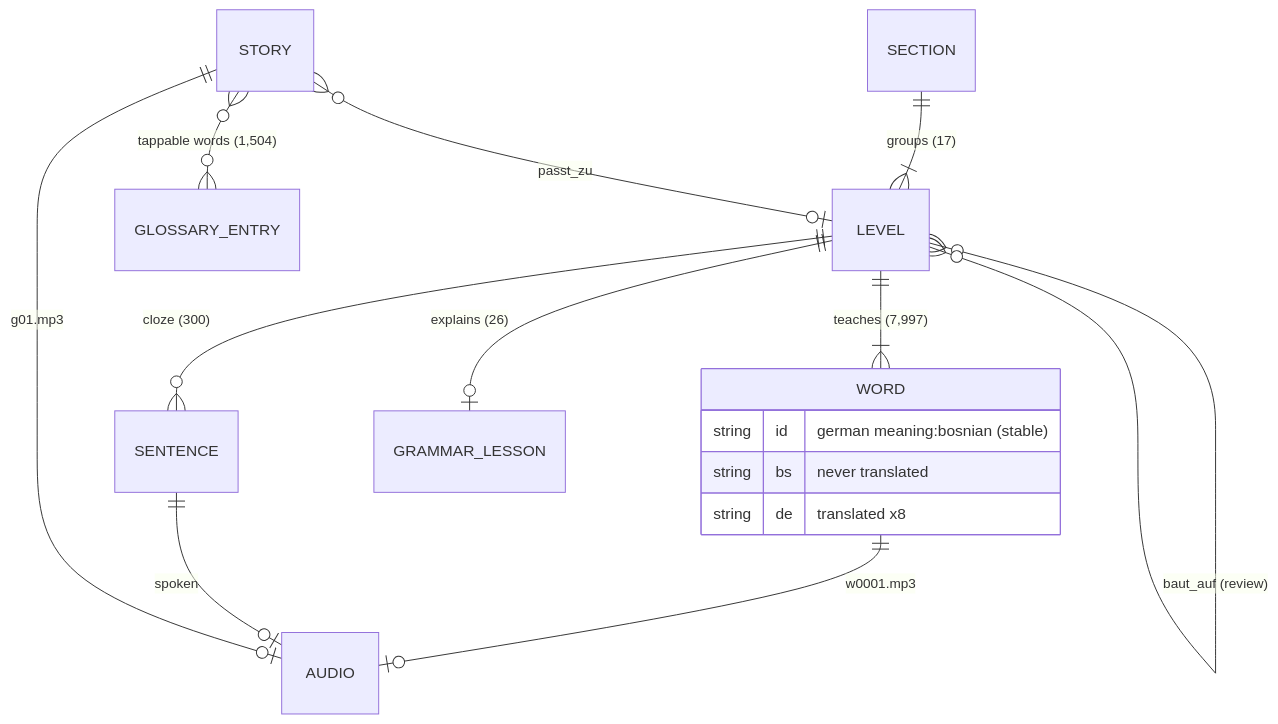
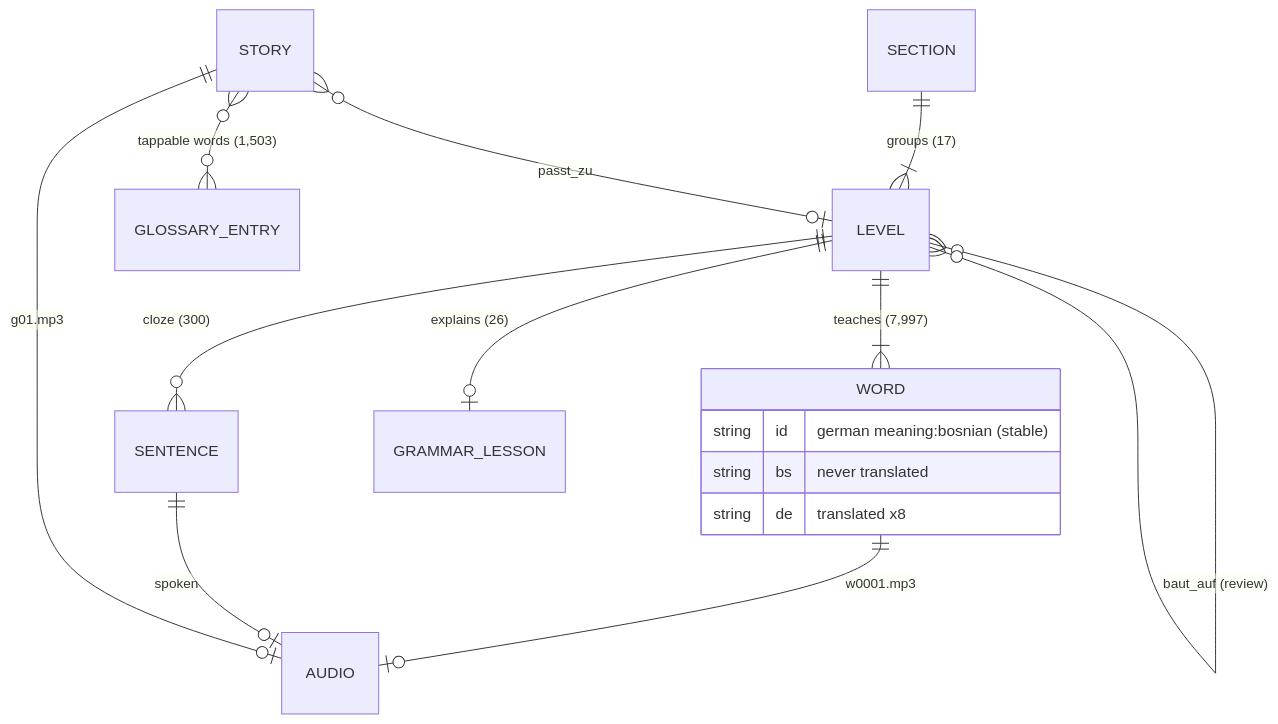
One commit to zmaj-lernapp/zmaj changed the second of 3 diagrams in docs/ARCHITECTURE.md. Above: the diagram before and after it, drawn with Mermaid. The commit also changed 19 other files, not shown here.

````diff
--- a/docs/ARCHITECTURE.md
+++ b/docs/ARCHITECTURE.md
@@ -54,18 +54,18 @@
 ```mermaid
 erDiagram
   SECTION ||--|{ LEVEL : "groups (17)"
   LEVEL ||--|{ WORD : "teaches (7,997)"
   LEVEL ||--o{ SENTENCE : "cloze (300)"
   LEVEL ||--o| GRAMMAR_LESSON : "explains (26)"
   LEVEL }o--o{ LEVEL : "baut_auf (review)"
   STORY }o--o| LEVEL : "passt_zu"
-  STORY }o--o{ GLOSSARY_ENTRY : "tappable words (1,504)"
+  STORY }o--o{ GLOSSARY_ENTRY : "tappable words (1,503)"
   WORD ||--o| AUDIO : "w0001.mp3"
   SENTENCE ||--o| AUDIO : "spoken"
   STORY ||--o| AUDIO : "g01.mp3"
   WORD {
     string id "german meaning:bosnian (stable)"
     string bs "never translated"
     string de "translated x8"
   }
 ```
````
